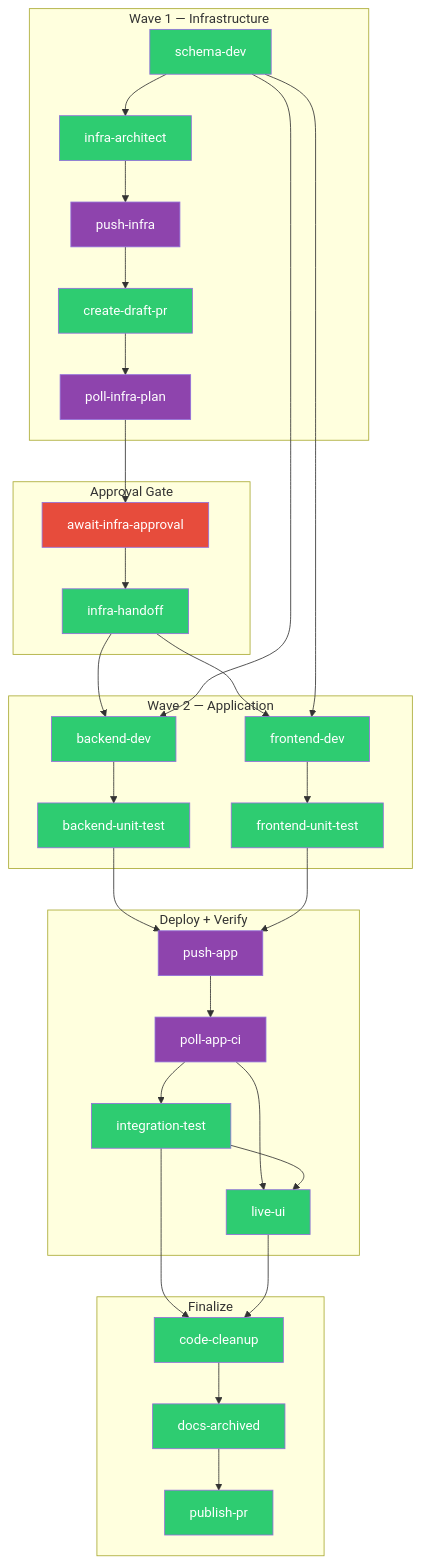
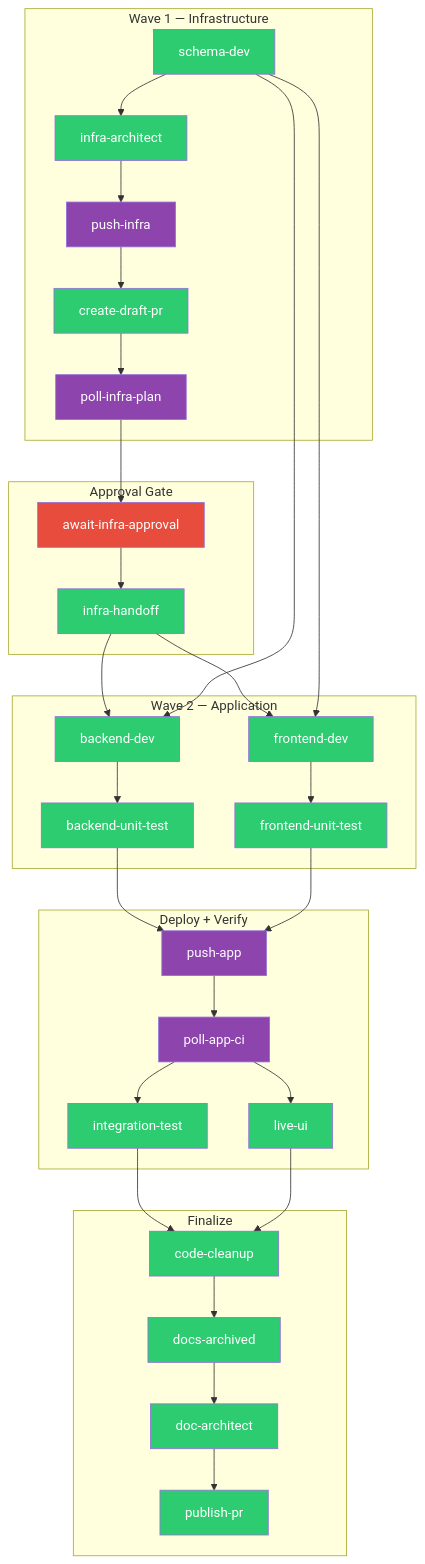
The second of 5 diagrams in HOW-IT-WORKS.md (RomanKaliupinMelonusa/DAGent-t), drawn with Mermaid before and after one commit. The commit also changed other lines of this file and 37 other files, not shown here.

````diff
--- a/HOW-IT-WORKS.md
+++ b/HOW-IT-WORKS.md
@@ -36,58 +36,59 @@
 ```mermaid
 graph TD
     subgraph W1["Wave 1 — Infrastructure"]
         SD["schema-dev"] --> IA["infra-architect"]
         IA --> PI["push-infra"]
         PI --> DPR["create-draft-pr"]
         DPR --> PIP["poll-infra-plan"]
     end
 
     subgraph GATE["Approval Gate"]
         PIP --> AIA["await-infra-approval"]
         AIA --> IH["infra-handoff"]
     end
 
     subgraph W2["Wave 2 — Application"]
         IH --> BD["backend-dev"]
         IH --> FD["frontend-dev"]
         SD --> BD
         SD --> FD
         BD --> BUT["backend-unit-test"]
         FD --> FUT["frontend-unit-test"]
     end
 
     subgraph DP["Deploy + Verify"]
         BUT --> PA["push-app"]
         FUT --> PA
         PA --> PAC["poll-app-ci"]
         PAC --> IT["integration-test"]
         PAC --> LU["live-ui"]
-        IT --> LU
     end
 
     subgraph FN["Finalize"]
         IT --> CC["code-cleanup"]
         LU --> CC
         CC --> DA["docs-archived"]
-        DA --> PPR["publish-pr"]
+        DA --> DARC["doc-architect"]
+        DARC --> PPR["publish-pr"]
     end
 
     style SD fill:#2ecc71,color:#fff
     style IA fill:#2ecc71,color:#fff
     style BD fill:#2ecc71,color:#fff
     style FD fill:#2ecc71,color:#fff
     style BUT fill:#2ecc71,color:#fff
     style FUT fill:#2ecc71,color:#fff
     style IT fill:#2ecc71,color:#fff
     style LU fill:#2ecc71,color:#fff
     style CC fill:#2ecc71,color:#fff
     style DA fill:#2ecc71,color:#fff
     style DPR fill:#2ecc71,color:#fff
     style IH fill:#2ecc71,color:#fff
+    style DARC fill:#2ecc71,color:#fff
     style PPR fill:#2ecc71,color:#fff
     style PI fill:#8e44ad,color:#fff
     style PA fill:#8e44ad,color:#fff
     style PIP fill:#8e44ad,color:#fff
     style PAC fill:#8e44ad,color:#fff
     style AIA fill:#e74c3c,color:#fff
 ```
````
